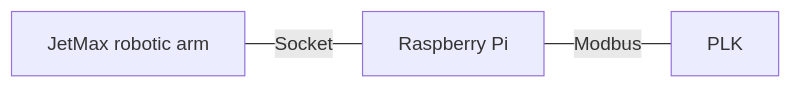
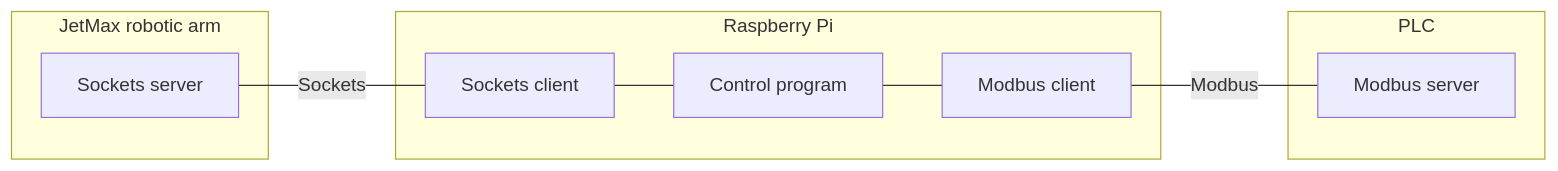
The diagram in README.md (fsprojekti/rack-warehouse-jetmax), drawn with Mermaid before and after one commit. The commit also changed other lines of this file, not shown here.

Commit message:
Update README.md
further explanation

````diff
--- a/README.md
+++ b/README.md
@@ -4,7 +5,15 @@
 ```mermaid
 graph LR
-    A[JetMax robotic arm]
-    B[Raspberry Pi]
-    C[PLK]
-    A---|Socket|B---|Modbus|C
+    subgraph JetMax robotic arm 
+        D[Sockets server]
+    end
+    subgraph Raspberry Pi
+        E[Sockets client]
+        F[Control program]
+        B[Modbus client]
+    end
+    subgraph PLC
+        C[Modbus server]
+    end
+    D---|Sockets|E---F---B---|Modbus|C
 ```
````
